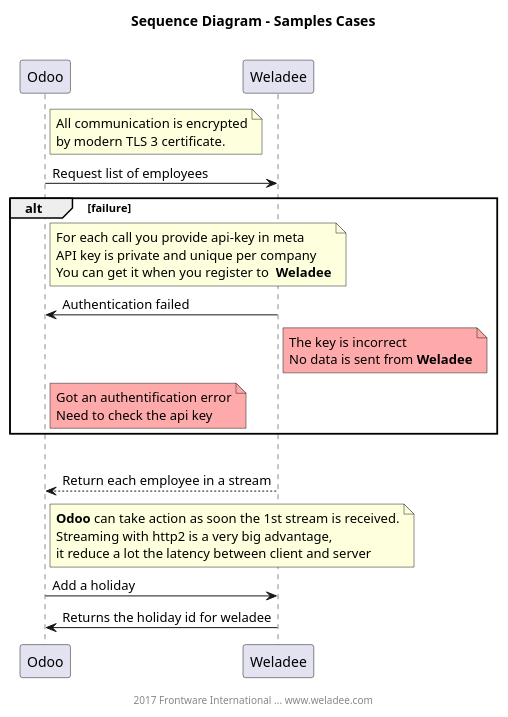
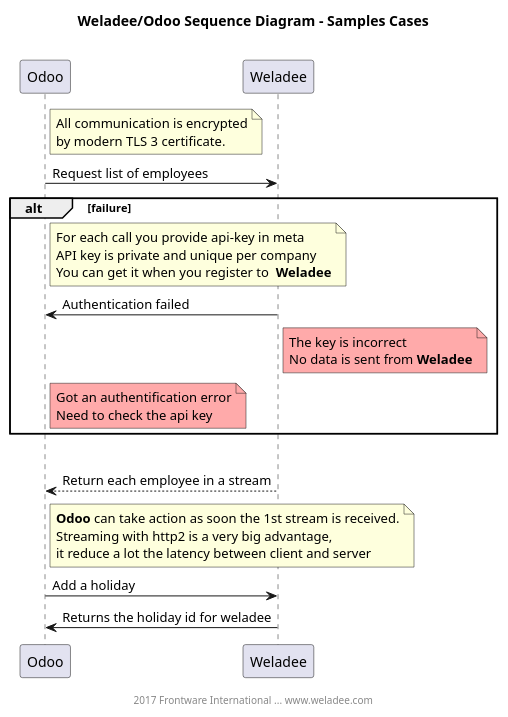
One commit to Frontware/Weladee-odoo changed the diagram in weladee-odoo.puml. Above: the diagram before and after it, drawn with PlantUML.

```diff
--- a/weladee-odoo.puml
+++ b/weladee-odoo.puml
@@ -3,42 +3,42 @@
 @startuml
 
-title Sequence Diagram - Samples Cases\n
+title Weladee/Odoo Sequence Diagram - Samples Cases\n
 
 note right Odoo
     All communication is encrypted
     by modern TLS 3 certificate.
 end note
 Odoo -> Weladee: Request list of employees
 alt failure
     note right Odoo
         For each call you provide api-key in meta
         API key is private and unique per company
         You can get it when you register to  **Weladee**
     end note
     Weladee -> Odoo: Authentication failed
     note right Weladee #FFAAAA
         The key is incorrect
         No data is sent from **Weladee**
     end note
     note right Odoo #FFAAAA
         Got an authentification error
         Need to check the api key
     end note
 end
 alt successfull
     Weladee --> Odoo: Return each employee in a stream
     note right Odoo
         **Odoo** can take action as soon the 1st stream is received.
         Streaming with http2 is a very big advantage,
         it reduce a lot the latency between client and server
     end note
     Odoo -> Weladee: Add a holiday
     Odoo <- Weladee: Returns the holiday id for weladee
 
 
 footer
 
 2017 Frontware International ... www.weladee.com
 end footer
 
 @enduml
```
